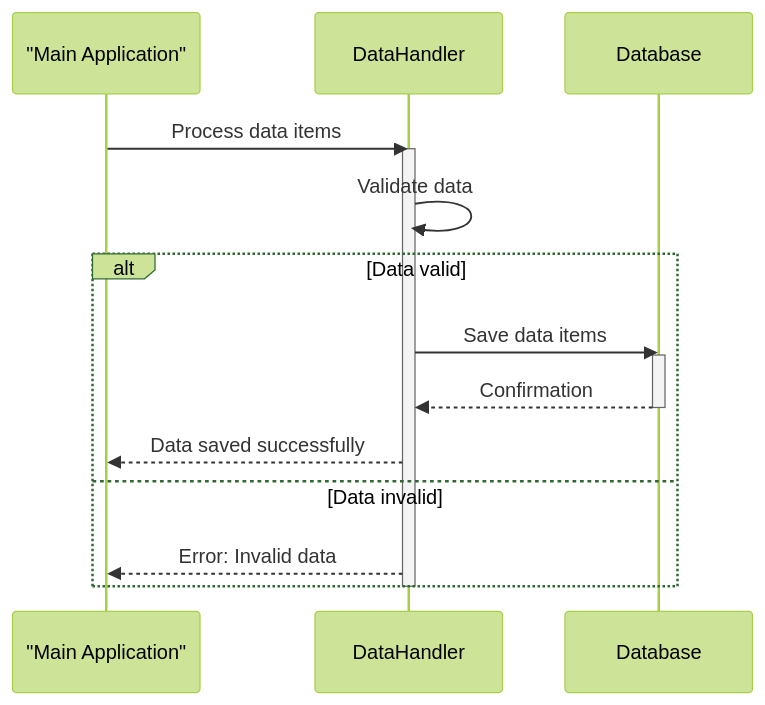
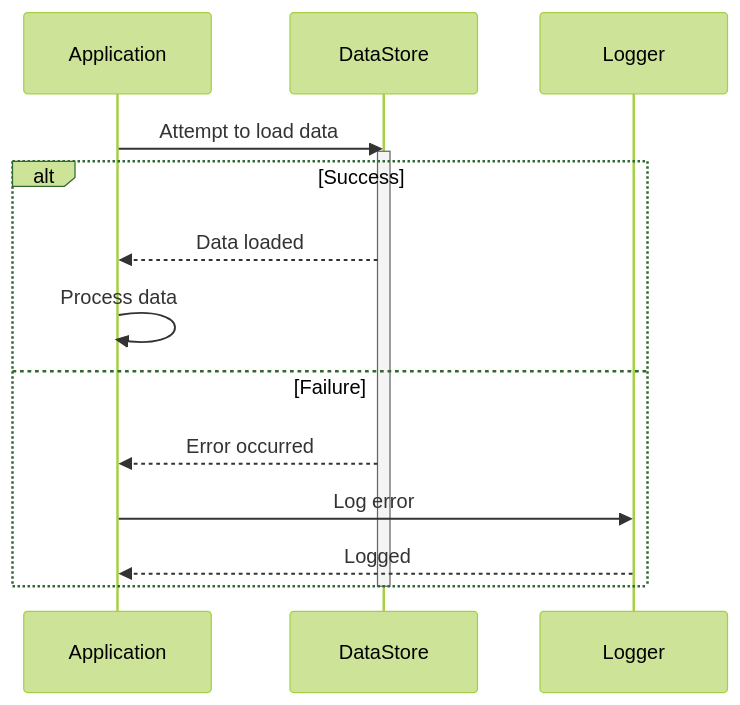
The sixth of 7 diagrams in output/python-sample-project/07_diagrams.md (OpenXFlow/sourceLensAI), drawn with Mermaid (forest theme) before and after one commit. The commit also changed other lines of this file and 25 other files, not shown here.

````diff
--- a/output/python-sample-project/07_diagrams.md
+++ b/output/python-sample-project/07_diagrams.md
@@ -111,19 +90,17 @@
 ```mermaid
 sequenceDiagram
-    participant MainApp as "Main Application"
-    participant DataHandler
-    participant Database
-    MainApp->>DataHandler: Process data items
-    activate DataHandler
-    DataHandler->>DataHandler: Validate data
-    alt Data valid
-        DataHandler->>Database: Save data items
-        activate Database
-        Database-->>DataHandler: Confirmation
-        deactivate Database
-        DataHandler-->>MainApp: Data saved successfully
-    else Data invalid
-        DataHandler-->>MainApp: Error: Invalid data
+    participant Application
+    participant DataStore
+    participant Logger
+    Application->>DataStore: Attempt to load data
+    activate DataStore
+    alt Success
+        DataStore-->>Application: Data loaded
+        Application->>Application: Process data
+    else Failure
+        DataStore-->>Application: Error occurred
+        Application->>Logger: Log error
+        Logger-->>Application: Logged
     end
-    deactivate DataHandler
+    deactivate DataStore
 ```
````
